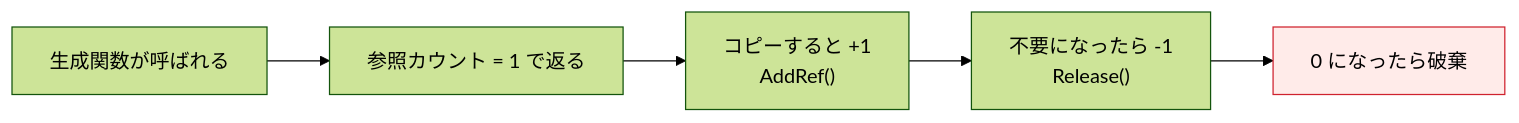
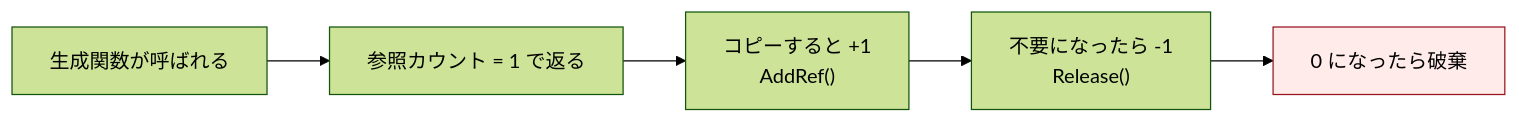
One commit to Tomonorarari-Think/DirectX12Dev changed the third of 3 diagrams in docs/tutorial/03_DirectX12の初期化.md. Above: the diagram before and after it, drawn with Mermaid (forest theme). The commit also changed other lines of this file and 24 other files, not shown here.

First line of the commit message:
fix: 図の配色を見直し、コントラスト比を 7:1 以上に引き上げる

````diff
--- a/docs/tutorial/03_DirectX12の初期化.md
+++ b/docs/tutorial/03_DirectX12の初期化.md
@@ -211,9 +211,9 @@
 ```mermaid
 flowchart LR
     A["生成関数が呼ばれる"] --> B["参照カウント = 1 で返る"]
     B --> C["コピーすると +1<br/>AddRef()"]
     C --> D["不要になったら -1<br/>Release()"]
     D --> E["0 になったら破棄"]
 
-    style E fill:#ffebe9,stroke:#cf222e
+    style E fill:#ffebe9,stroke:#9a1420
 ```
````
